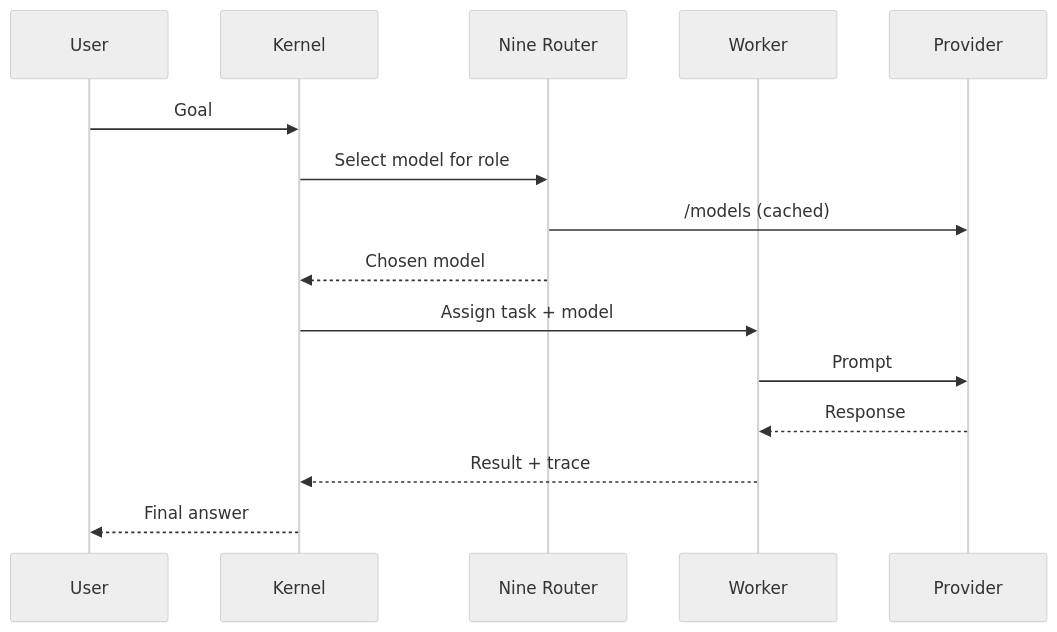
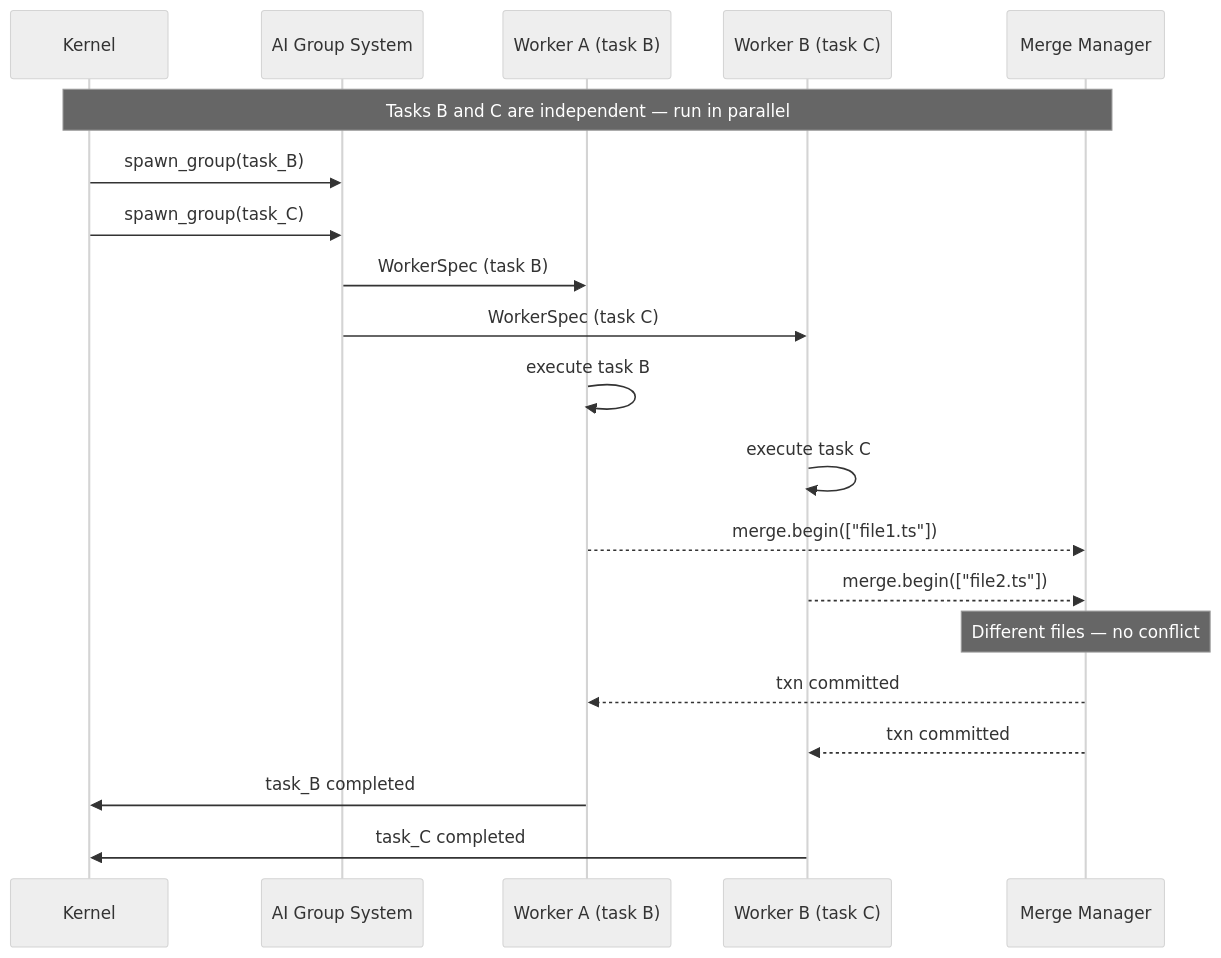
One commit to User-me-ex/ai-dev-docs-hub changed the second of 3 diagrams in diagrams/DATA_FLOW.md. Above: the diagram before and after it, drawn with Mermaid (neutral theme). The commit also changed other lines of this file and 40 other files, not shown here.

````diff
--- a/diagrams/DATA_FLOW.md
+++ b/diagrams/DATA_FLOW.md
@@ -3,17 +84,30 @@
 ```mermaid
 sequenceDiagram
-  participant U as User
   participant K as Kernel
-  participant R as Nine Router
-  participant W as Worker
-  participant P as Provider
-  U->>K: Goal
-  K->>R: Select model for role
-  R->>P: /models (cached)
-  R-->>K: Chosen model
-  K->>W: Assign task + model
-  W->>P: Prompt
-  P-->>W: Response
-  W-->>K: Result + trace
-  K-->>U: Final answer
+  participant AG as AI Group System
+  participant WA as Worker A (task B)
+  participant WB as Worker B (task C)
+  participant MM as Merge Manager
+
+  Note over K,MM: Tasks B and C are independent — run in parallel
+
+  K->>AG: spawn_group(task_B)
+  K->>AG: spawn_group(task_C)
+
+  AG->>WA: WorkerSpec (task B)
+  AG->>WB: WorkerSpec (task C)
+
+  WA->>WA: execute task B
+  WB->>WB: execute task C
+
+  WA-->>MM: merge.begin(["file1.ts"])
+  WB-->>MM: merge.begin(["file2.ts"])
+
+  Note over MM: Different files — no conflict
+
+  MM-->>WA: txn committed
+  MM-->>WB: txn committed
+
+  WA->>K: task_B completed
+  WB->>K: task_C completed
 ```
````
